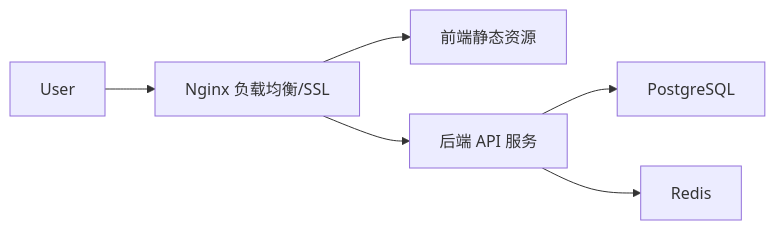
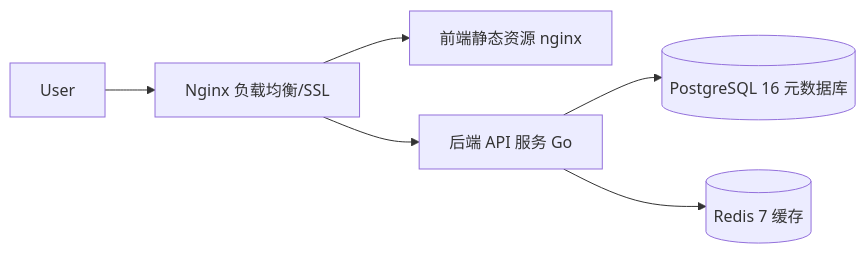
Before and after one commit to xielforever/DBHub: the diagram in docs/部署运维/部署运维指南.md, drawn with Mermaid. The commit also changed other lines of this file and 7 other files, not shown here.

````diff
--- a/docs/部署运维/部署运维指南.md
+++ b/docs/部署运维/部署运维指南.md
@@ -9,8 +7,8 @@
 ```mermaid
 graph LR
     User --> Nginx[Nginx 负载均衡/SSL]
-    Nginx --> Frontend[前端静态资源]
-    Nginx --> Backend[后端 API 服务]
-    Backend --> DB[PostgreSQL]
-    Backend --> Redis[Redis]
+    Nginx --> Frontend[前端静态资源 nginx]
+    Nginx --> Backend[后端 API 服务 Go]
+    Backend --> DB[(PostgreSQL 16 元数据库)]
+    Backend --> Redis[(Redis 7 缓存)]
 ```
````
